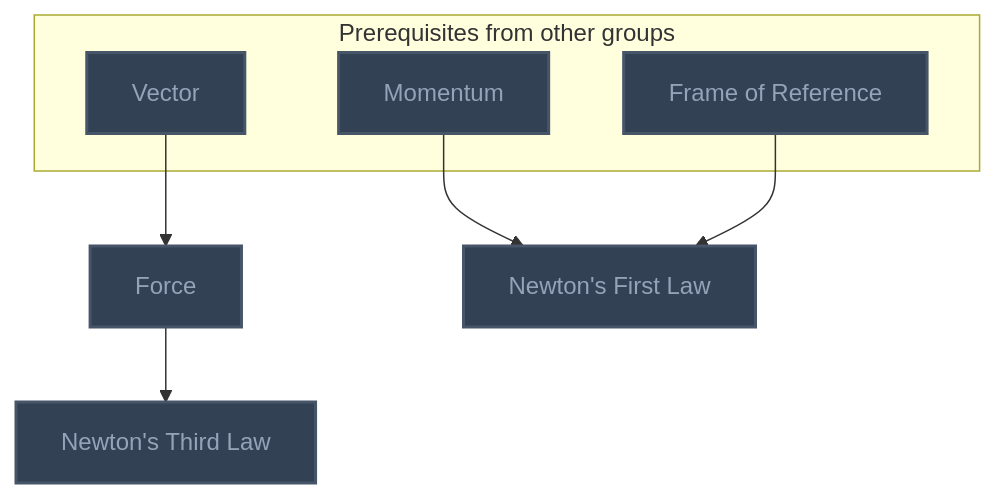
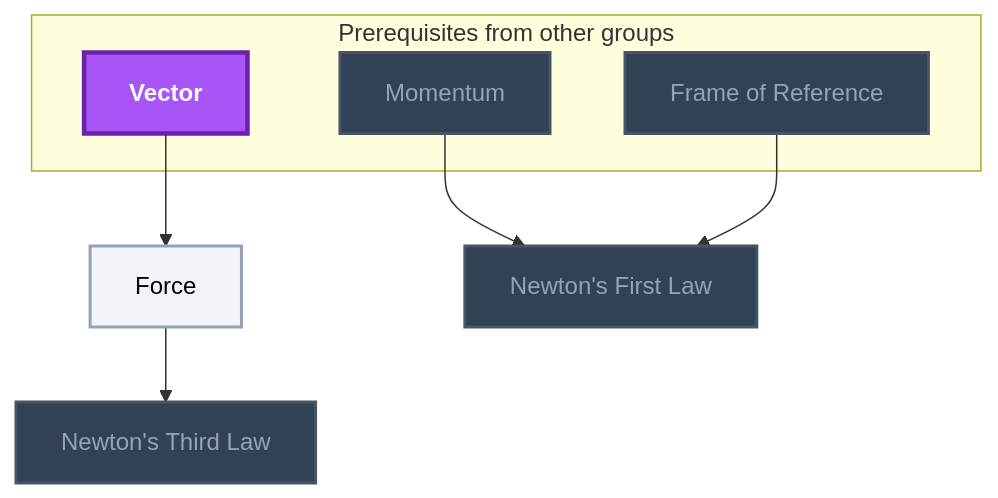
The third of 15 diagrams in Gamification/Skill Trees/Classical Mechanics.md (MRauf1/My-Notes), drawn with Mermaid before and after one commit. The commit also changed other lines of this file and 57 other files, not shown here.

````diff
--- a/Gamification/Skill Trees/Classical Mechanics.md
+++ b/Gamification/Skill Trees/Classical Mechanics.md
@@ -86,26 +86,28 @@
 ```mermaid
 flowchart TD
     classDef planned fill:#1E293B,stroke:#64748B,stroke-width:2px,stroke-dasharray:5 5,color:#94A3B8;
     classDef locked fill:#334155,stroke:#475569,stroke-width:2px,color:#94A3B8;
     classDef L0 fill:#F1F5F9,stroke:#94A3B8,stroke-width:2px,color:#000000;
     classDef L1 fill:#22C55E,stroke:#15803D,stroke-width:2px,color:#000000;
     classDef L2 fill:#3B82F6,stroke:#1D4ED8,stroke-width:3px,color:#FFFFFF;
     classDef L3 fill:#A855F7,stroke:#6B21A8,stroke-width:3px,color:#FFFFFF,font-weight:bold;
     classDef L4 fill:#F97316,stroke:#C2410C,stroke-width:4px,color:#000000,font-weight:bold;
     classDef L5 fill:#FFD700,stroke:#FF8C00,stroke-width:5px,color:#000000,font-weight:bold;
     classDef rusty stroke:#8B4513,stroke-width:4px,stroke-dasharray:3 3;
     subgraph sg_prereqs["Prerequisites from other groups"]
         n_vector["Vector"]
         n_momentum["Momentum"]
         n_frame_of_reference["Frame of Reference"]
     end
     n_force["Force"]
     n_newton_s_first_law["Newton's First Law"]
     n_newton_s_third_law["Newton's Third Law"]
     n_vector --> n_force
     n_momentum --> n_newton_s_first_law
     n_frame_of_reference --> n_newton_s_first_law
     n_force --> n_newton_s_third_law
-    class n_vector,n_momentum,n_frame_of_reference,n_force,n_newton_s_first_law,n_newton_s_third_law locked;
+    class n_momentum,n_frame_of_reference,n_newton_s_first_law,n_newton_s_third_law locked;
+    class n_force L0;
+    class n_vector L3;
     class n_vector,n_momentum,n_frame_of_reference,n_force,n_newton_s_first_law,n_newton_s_third_law internal-link;
 ```
````
